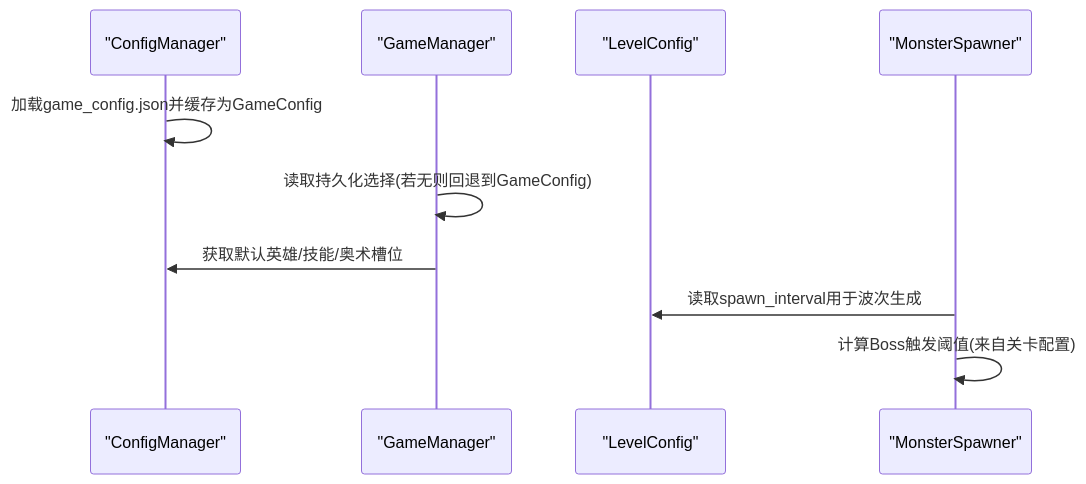
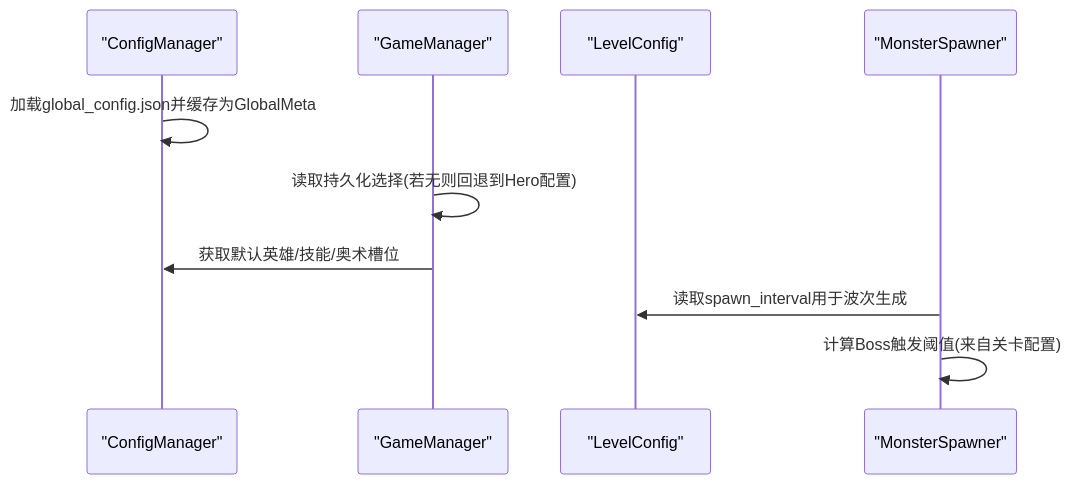
Before and after one commit to Tuusen/p1_client: the second of 5 diagrams in .qoder/repowiki/zh/content/配置管理系统/配置文件类型/全局配置文件.md, drawn with Mermaid. The commit also changed other lines of this file and 85 other files, not shown here.

````diff
--- a/.qoder/repowiki/zh/content/配置管理系统/配置文件类型/全局配置文件.md
+++ b/.qoder/repowiki/zh/content/配置管理系统/配置文件类型/全局配置文件.md
@@ -89,12 +95,12 @@
 ```mermaid
 sequenceDiagram
 participant CM as "ConfigManager"
 participant GM as "GameManager"
 participant LC as "LevelConfig"
 participant MS as "MonsterSpawner"
-CM->>CM : 加载game_config.json并缓存为GameConfig
-GM->>GM : 读取持久化选择(若无则回退到GameConfig)
+CM->>CM : 加载global_config.json并缓存为GlobalMeta
+GM->>GM : 读取持久化选择(若无则回退到Hero配置)
 GM->>CM : 获取默认英雄/技能/奥术槽位
 MS->>LC : 读取spawn_interval用于波次生成
 MS->>MS : 计算Boss触发阈值(来自关卡配置)
 ```
````
